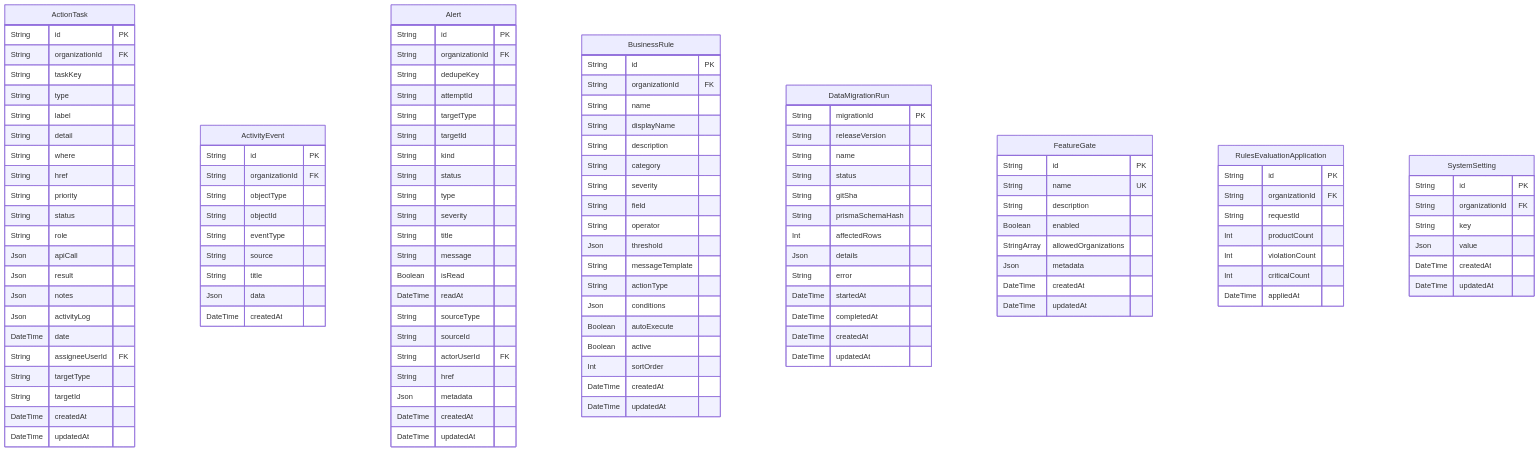
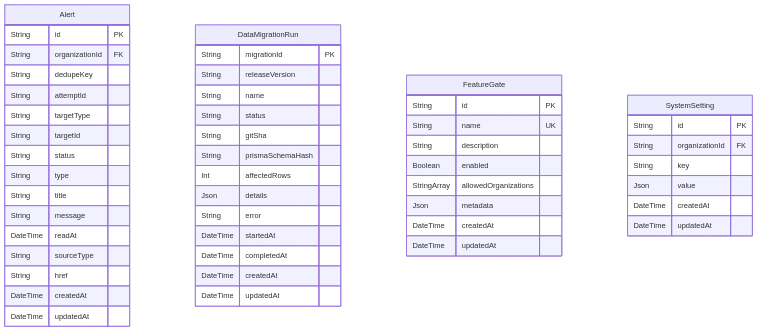
Before and after one commit to AgentFoundry-Labs/kiditem: the diagram in docs/erd/system.md, drawn with Mermaid. The commit also changed other lines of this file and 365 other files, not shown here.

````diff
--- a/docs/erd/system.md
+++ b/docs/erd/system.md
@@ -23,39 +19,5 @@
 ```mermaid
 erDiagram
-  ActionTask {
-    String id PK
-    String organizationId FK
-    String taskKey
-    String type
-    String label
-    String detail
-    String where
-    String href
-    String priority
-    String status
-    String role
-    Json apiCall
-    Json result
-    Json notes
-    Json activityLog
-    DateTime date
-    String assigneeUserId FK
-    String targetType
-    String targetId
-    DateTime createdAt
-    DateTime updatedAt
-  }
-  ActivityEvent {
-    String id PK
-    String organizationId FK
-    String objectType
-    String objectId
-    String eventType
-    String source
-    String title
-    Json data
-    DateTime createdAt
-  }
   Alert {
     String id PK
     String organizationId FK
@@ -63,39 +25,13 @@
     String attemptId
     String targetType
     String targetId
-    String kind
     String status
     String type
-    String severity
     String title
     String message
-    Boolean isRead
     DateTime readAt
     String sourceType
-    String sourceId
-    String actorUserId FK
     String href
-    Json metadata
-    DateTime createdAt
-    DateTime updatedAt
-  }
-  BusinessRule {
-    String id PK
-    String organizationId FK
-    String name
-    String displayName
-    String description
-    String category
-    String severity
-    String field
-    String operator
-    Json threshold
-    String messageTemplate
-    String actionType
-    Json conditions
-    Boolean autoExecute
-    Boolean active
-    Int sortOrder
     DateTime createdAt
     DateTime updatedAt
   }
@@ -124,15 +60,6 @@
     DateTime createdAt
     DateTime updatedAt
   }
-  RulesEvaluationApplication {
-    String id PK
-    String organizationId FK
-    String requestId
-    Int productCount
-    Int violationCount
-    Int criticalCount
-    DateTime appliedAt
-  }
   SystemSetting {
     String id PK
     String organizationId FK
````
